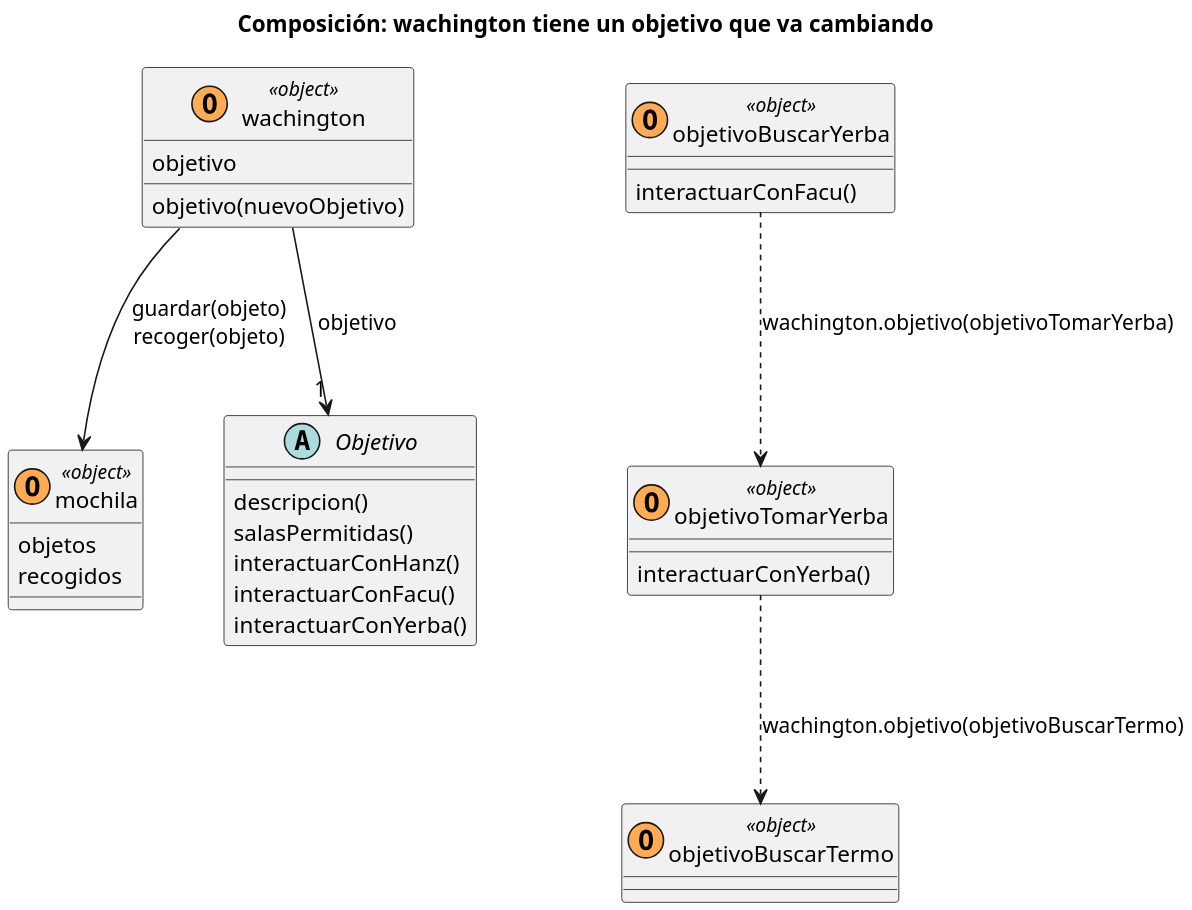
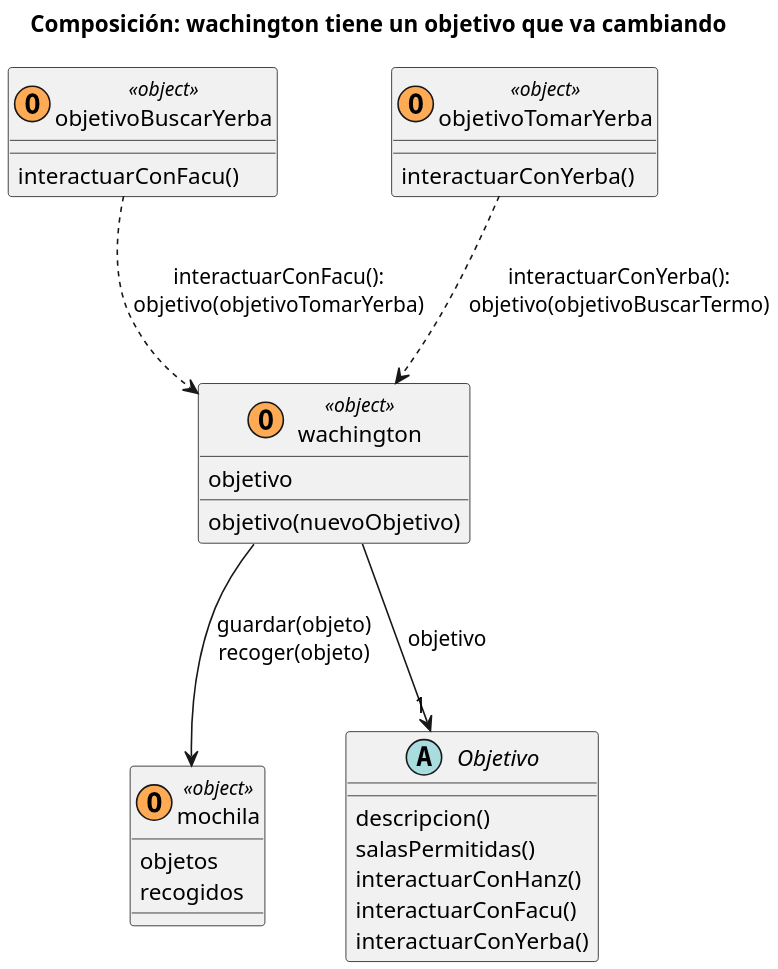
One commit to pdep-mit/tp-wg-2026-poder-Los_pollos_hermanos changed the diagram in Diagrama/composicion.puml. Above: the diagram before and after it, drawn with PlantUML. The commit also changed 1 other file, not shown here.

Commit message:
diagrama compo, todavia esta feo

```diff
--- a/Diagrama/composicion.puml
+++ b/Diagrama/composicion.puml
@@ -1,43 +1,42 @@
 @startuml Composicion
 
 skinparam dpi 200
 skinparam nodesep 50
 skinparam ranksep 80
 
 title Composición: wachington tiene un objetivo que va cambiando
 
 class wachington <<(O,#FFAA55) object>> {
   objetivo
   objetivo(nuevoObjetivo)
 }
 
 class mochila <<(O,#FFAA55) object>> {
   objetos
   recogidos
 }
 
 abstract class Objetivo {
   descripcion()
   salasPermitidas()
   interactuarConHanz()
   interactuarConFacu()
   interactuarConYerba()
 }
 
 class objetivoBuscarYerba <<(O,#FFAA55) object>> {
   interactuarConFacu()
 }
 
 class objetivoTomarYerba <<(O,#FFAA55) object>> {
   interactuarConYerba()
 }
 
-class objetivoBuscarTermo <<(O,#FFAA55) object>>
 
 wachington --> "1" Objetivo : objetivo
 wachington --> mochila : guardar(objeto)\nrecoger(objeto)
 
-objetivoBuscarYerba ..> objetivoTomarYerba : wachington.objetivo(objetivoTomarYerba)
-objetivoTomarYerba ..> objetivoBuscarTermo : wachington.objetivo(objetivoBuscarTermo)
+objetivoBuscarYerba ..> wachington : interactuarConFacu():\nobjetivo(objetivoTomarYerba)
+objetivoTomarYerba ..> wachington : interactuarConYerba():\nobjetivo(objetivoBuscarTermo)
 
 @enduml
```
